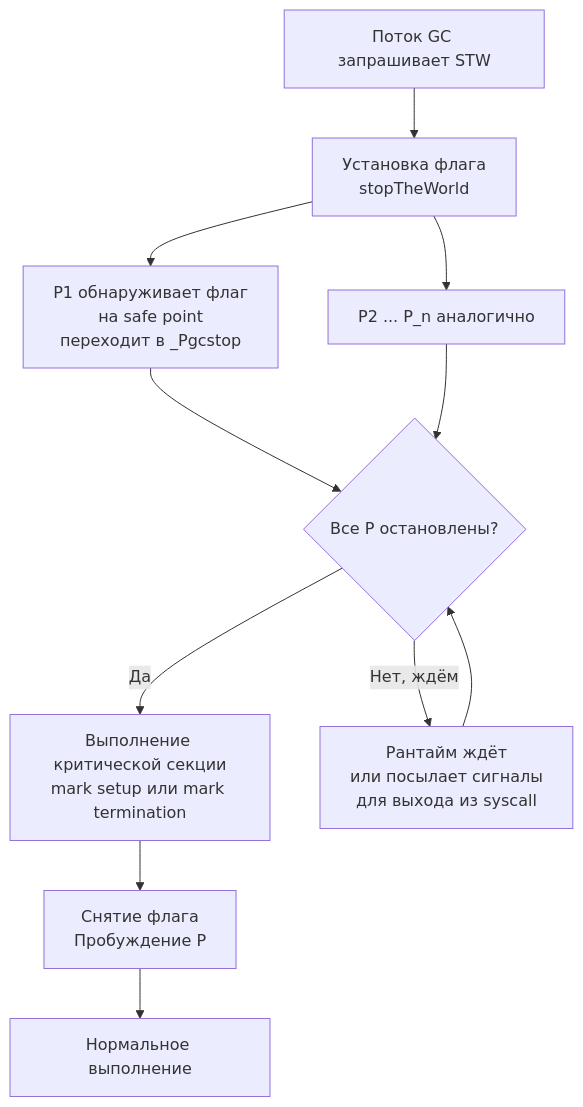
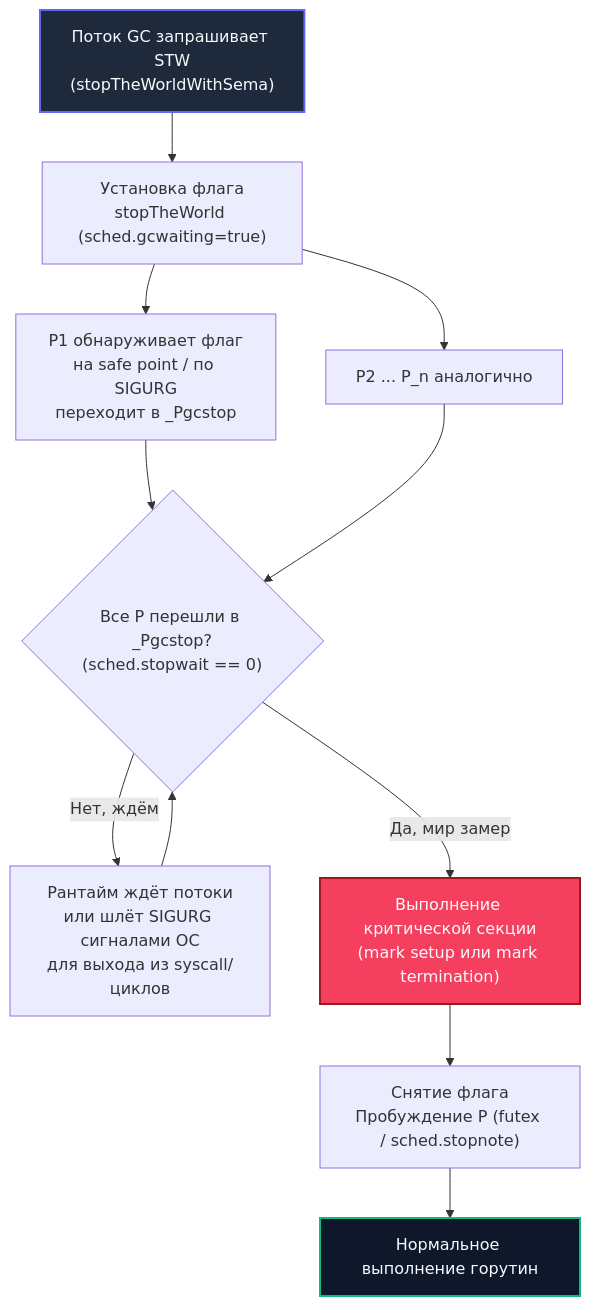
Before and after one commit to UnrealTemplier/go-textbook: the diagram in sources/16. Профилирование, отладка и производительность/05. Garbage Collector/3. Stop the world.md, drawn with Mermaid. The commit also changed other lines of this file, not shown here.

Commit message:
feat(module-16): editorial rewrite of lecture 3 (Stop the world) in Subsection 05 in Kernighan style

````diff
--- a/sources/16. Профилирование, отладка и производительность/05. Garbage Collector/3. Stop the world.md
+++ b/sources/16. Профилирование, отладка и производительность/05. Garbage Collector/3. Stop the world.md
@@ -38,13 +50,17 @@
 ```mermaid
 flowchart TD
-    Req["Поток GC запрашивает STW"] --> Flag["Установка флага<br>stopTheWorld"]
-    Flag --> P1["P1 обнаруживает флаг<br>на safe point<br>переходит в _Pgcstop"]
+    Req["Поток GC запрашивает STW<br>(stopTheWorldWithSema)"] --> Flag["Установка флага<br>stopTheWorld (sched.gcwaiting=true)"]
+    Flag --> P1["P1 обнаруживает флаг<br>на safe point / по SIGURG<br>переходит в _Pgcstop"]
     Flag --> P2["P2 ... P_n аналогично"]
-    P1 --> AllStop{"Все P остановлены?"}
+    P1 --> AllStop{"Все P перешли в _Pgcstop?<br>(sched.stopwait == 0)"}
     P2 --> AllStop
-    AllStop -- "Да" --> Critical["Выполнение критической секции<br>mark setup или mark termination"]
-    AllStop -- "Нет, ждём" --> Wait["Рантайм ждёт<br>или посылает сигналы<br>для выхода из syscall"]
+    AllStop -- "Нет, ждём" --> Wait["Рантайм ждёт потоки<br>или шлёт SIGURG сигналами ОС<br>для выхода из syscall/циклов"]
     Wait --> AllStop
-    Critical --> Resume["Снятие флага<br>Пробуждение P"]
-    Resume --> Normal["Нормальное выполнение"]
+    AllStop -- "Да, мир замер" --> Critical["Выполнение критической секции<br>(mark setup или mark termination)"]
+    Critical --> Resume["Снятие флага<br>Пробуждение P (futex / sched.stopnote)"]
+    Resume --> Normal["Нормальное выполнение горутин"]
+
+    style Req fill:#1e293b,stroke:#6366f1,stroke-width:2px,color:#f8fafc
+    style Critical fill:#f43f5e,stroke:#991b1b,stroke-width:2px,color:#f8fafc
+    style Normal fill:#0f172a,stroke:#10b981,stroke-width:2px,color:#f8fafc
 ```
````
